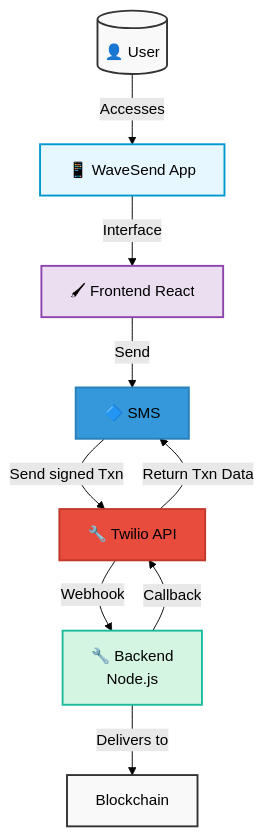
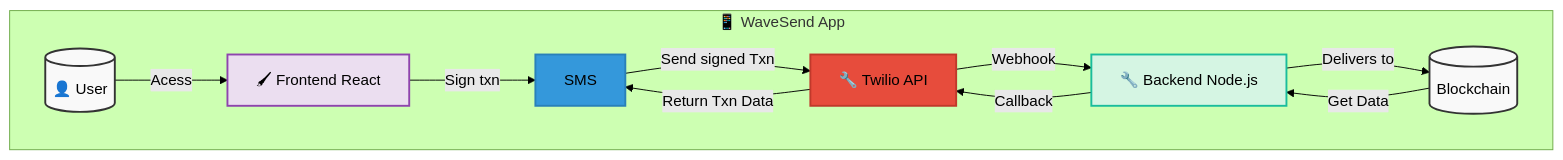
Before and after one commit to dannilobr/WS: the diagram in README.md, drawn with Mermaid (forest theme).

````diff
--- a/README.md
+++ b/README.md
@@ -10,20 +10,29 @@
 ```mermaid
 flowchart TD
-    User[("👤 User")] -- Accesses --> App["📱 WaveSend App"]
-    Frontend["🖌 Frontend React"] -- Send --> SMS["🔷 SMS"]
-    SMS -- Send signed Txn --> Twilio["🔧 Twilio API"]
-    Twilio -- Webhook --> Backend["🔧 Backend\nNode.js"]
+ subgraph subGraph0["📱 WaveSend App"]
+        Frontend["🖌 Frontend React"]
+        User[("👤 User")]
+        SMS["SMS"]
+        Twilio["🔧 Twilio API"]
+        Backend["🔧 Backend Node.js"]
+        Blockchain["Blockchain"]
+  end
+    User -- Acess --> Frontend
+    Frontend -- Sign txn --> SMS
+    SMS -- Send signed Txn --> Twilio
+    Twilio -- Webhook --> Backend
     Backend -- Callback --> Twilio
-    Backend -- Delivers to --> Blockchain["Blockchain"]
+    Backend -- Delivers to --> Blockchain
+    Blockchain -- Get Data --> Backend
     Twilio -- Return Txn Data --> SMS
-    App -- Interface --> Frontend
+
+    Blockchain@{ shape: cyl}
+    style Frontend fill:#ebdef0,stroke:#8e44ad,stroke-width:2px
     style User fill:#f9f9f9,stroke:#333,stroke-width:2px
-    style App fill:#e6f7ff,stroke:#0099cc,stroke-width:2px
-    style Frontend fill:#ebdef0,stroke:#8e44ad,stroke-width:2px
     style SMS fill:#3498db,stroke:#2980b9,stroke-width:2px
     style Twilio fill:#e74c3c,stroke:#c0392b,stroke-width:2px
     style Backend fill:#d5f5e3,stroke:#1abc9c,stroke-width:2px
     style Blockchain fill:#f9f9f9,stroke:#333,stroke-width:2px
 
 
 ```
````
